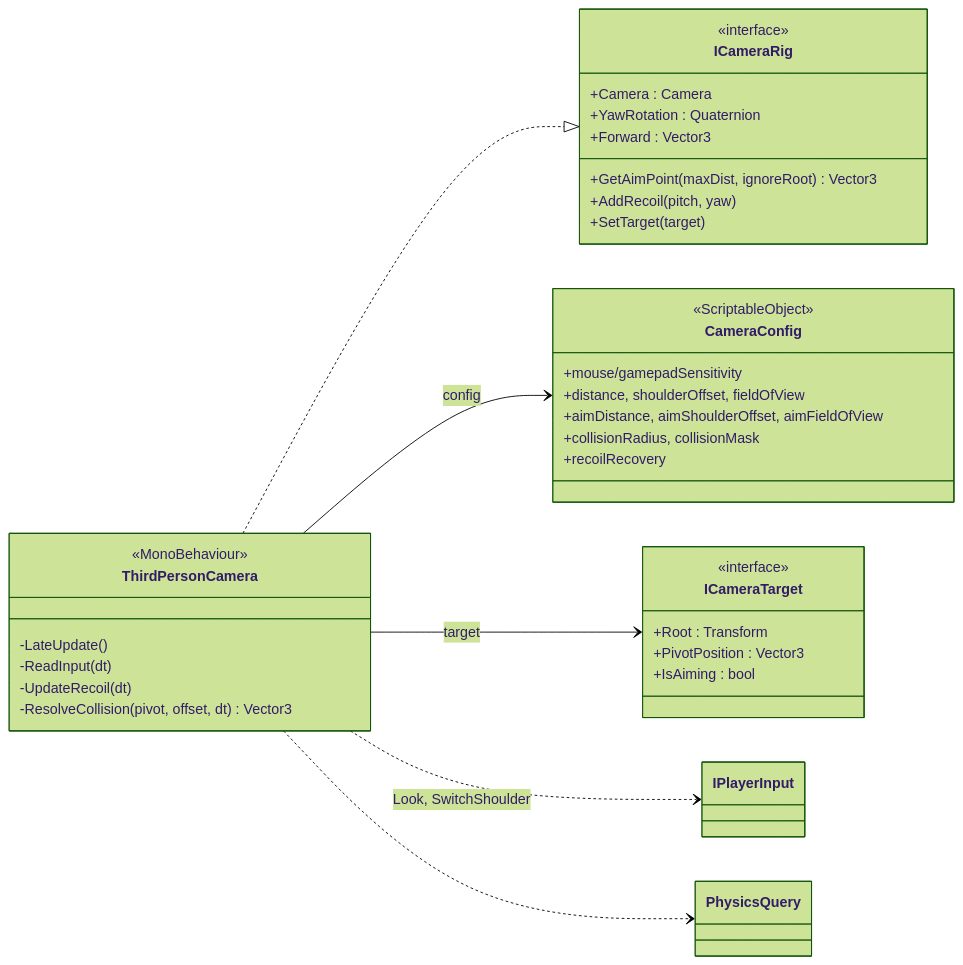
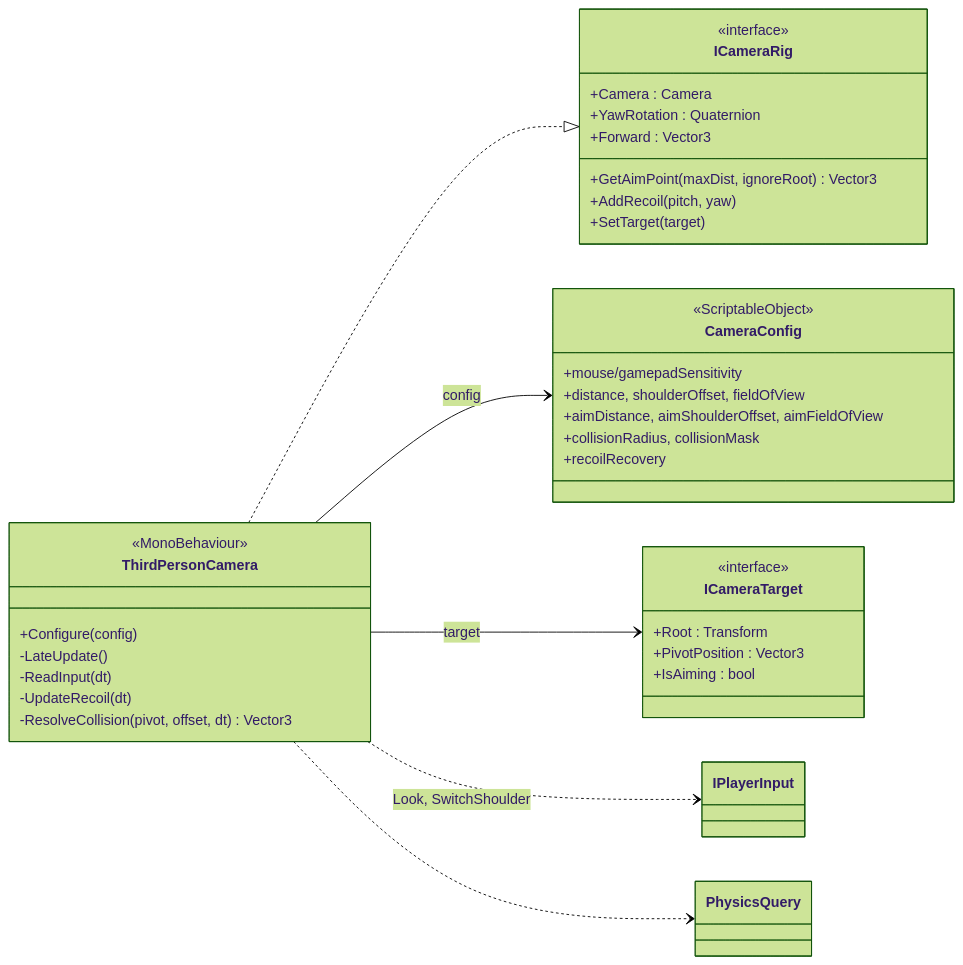
Before and after one commit to legatys/game: the sixth of 15 diagrams in Prod/Docs/UML.md, drawn with Mermaid (forest theme). The commit also changed other lines of this file and 51 other files, not shown here.

````diff
--- a/Prod/Docs/UML.md
+++ b/Prod/Docs/UML.md
@@ -382,39 +390,40 @@
 ```mermaid
 classDiagram
     direction LR
     class ICameraTarget {
         <<interface>>
         +Root : Transform
         +PivotPosition : Vector3
         +IsAiming : bool
     }
     class ICameraRig {
         <<interface>>
         +Camera : Camera
         +YawRotation : Quaternion
         +Forward : Vector3
         +GetAimPoint(maxDist, ignoreRoot) Vector3
         +AddRecoil(pitch, yaw)
         +SetTarget(target)
     }
     class CameraConfig {
         <<ScriptableObject>>
         +mouse/gamepadSensitivity
         +distance, shoulderOffset, fieldOfView
         +aimDistance, aimShoulderOffset, aimFieldOfView
         +collisionRadius, collisionMask
         +recoilRecovery
     }
     class ThirdPersonCamera {
         <<MonoBehaviour>>
+        +Configure(config)
         -LateUpdate()
         -ReadInput(dt)
         -UpdateRecoil(dt)
         -ResolveCollision(pivot, offset, dt) Vector3
     }
     ThirdPersonCamera ..|> ICameraRig
     ThirdPersonCamera --> CameraConfig : config
     ThirdPersonCamera --> ICameraTarget : target
     ThirdPersonCamera ..> IPlayerInput : Look, SwitchShoulder
     ThirdPersonCamera ..> PhysicsQuery
 ```
````
